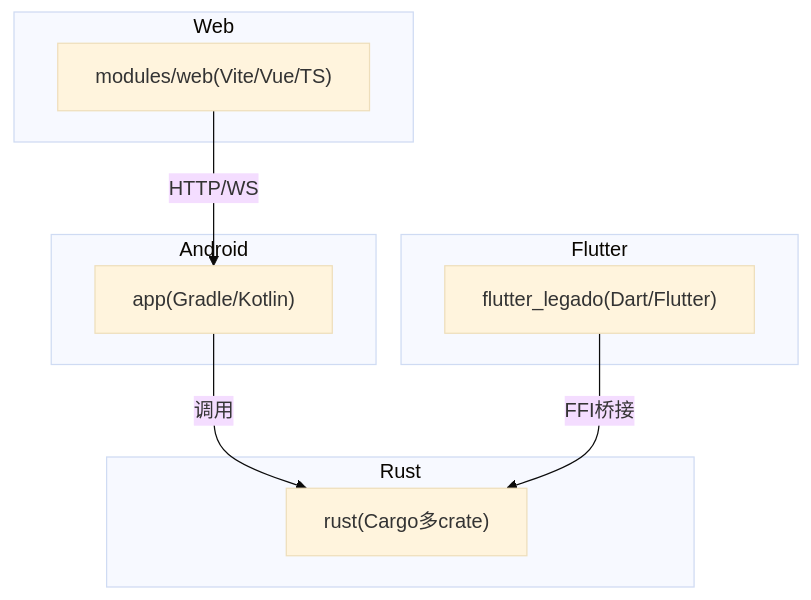
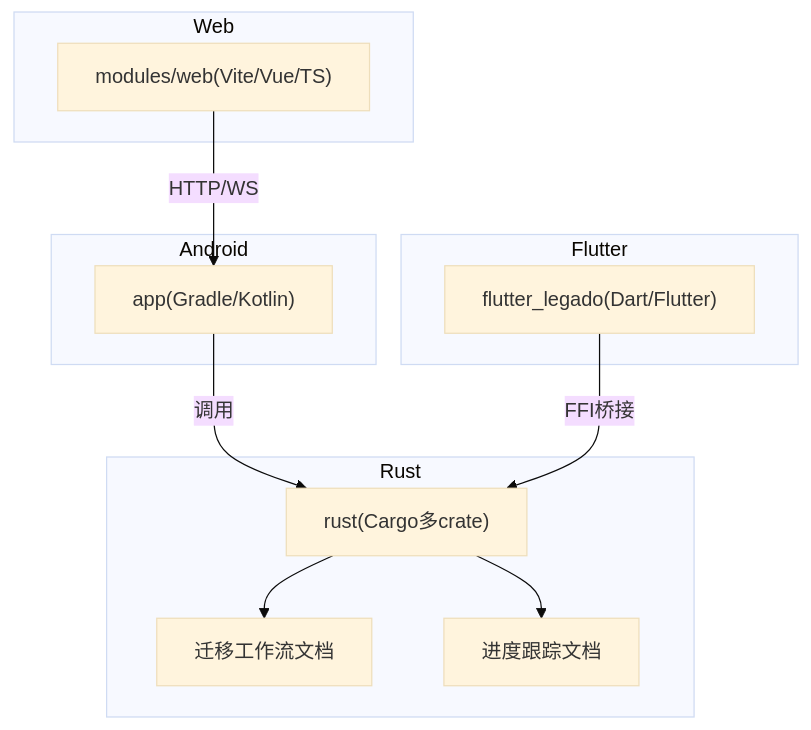
One commit to ZhangGHGitHub/LegadoTeamFlutter changed the first of 9 diagrams in .qoder/repowiki/zh/content/开发指南/开发指南.md. Above: the diagram before and after it, drawn with Mermaid (base theme). The commit also changed other lines of this file and 58 other files, not shown here.

````diff
--- a/.qoder/repowiki/zh/content/开发指南/开发指南.md
+++ b/.qoder/repowiki/zh/content/开发指南/开发指南.md
@@ -53,18 +66,22 @@
 ```mermaid
 graph TB
 subgraph "Android"
 A_app["app(Gradle/Kotlin)"]
 end
 subgraph "Flutter"
 F_flutter["flutter_legado(Dart/Flutter)"]
 end
 subgraph "Rust"
 R_core["rust(Cargo多crate)"]
+R_docs["迁移工作流文档"]
+R_progress["进度跟踪文档"]
 end
 subgraph "Web"
 W_web["modules/web(Vite/Vue/TS)"]
 end
 A_app --> |调用| R_core
 F_flutter --> |FFI桥接| R_core
 W_web --> |HTTP/WS| A_app
+R_core --> R_docs
+R_core --> R_progress
 ```
````
